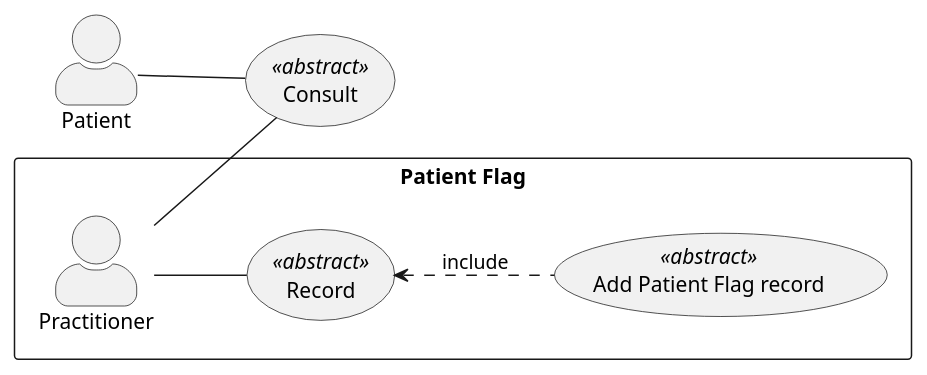
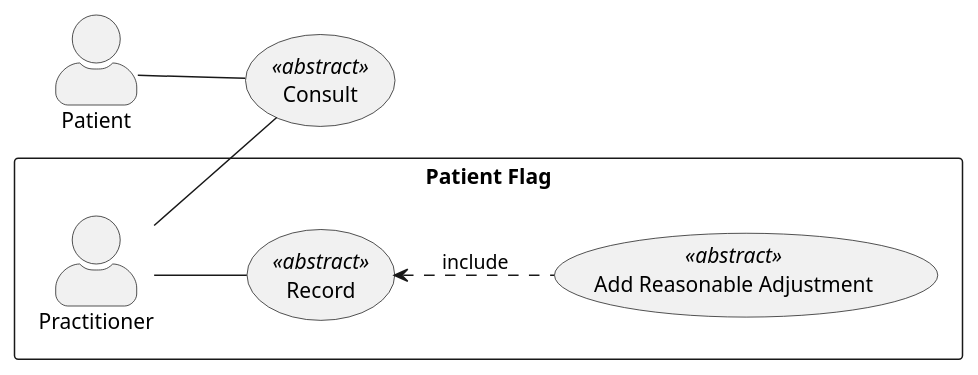
The diagram in input/images-source/add-ra-usecase.plantuml (NHSDigital/ra-sandbox), drawn with PlantUML before and after one commit. The commit also changed 7 other files, not shown here.

```diff
--- a/input/images-source/add-ra-usecase.plantuml
+++ b/input/images-source/add-ra-usecase.plantuml
@@ -1,22 +1,22 @@
 @startuml
 
 skinparam actorStyle awesome
 left to right direction
 
 rectangle "Patient Flag"{
 actor Practitioner as pra
 usecase "Record" as record <<abstract>>
-usecase "Add Patient Flag record" as add <<abstract>>
+usecase "Add Reasonable Adjustment" as add <<abstract>>
 }
 
 
 actor Patient as pat
 
 usecase "Consult" as consult <<abstract>>
 
 pat -- consult
 pra -- consult
 pra -- record
 record <.. add : include
 
 @enduml
```
